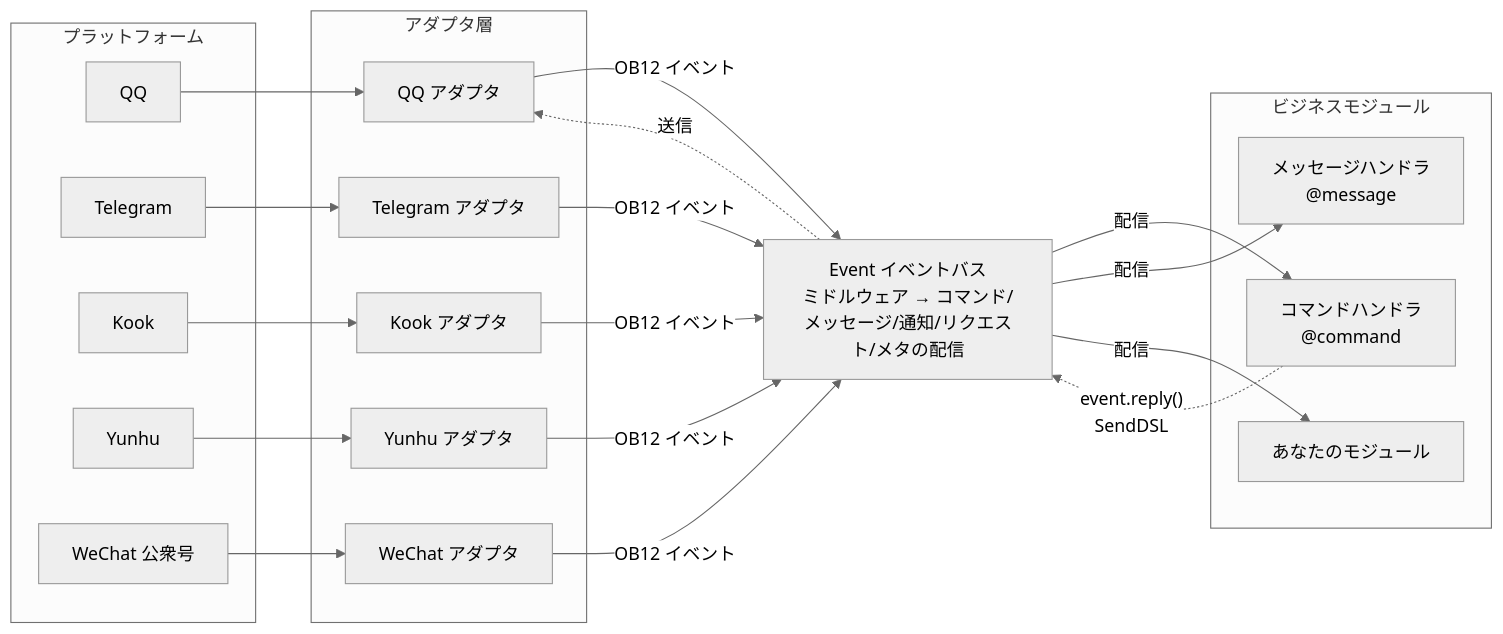
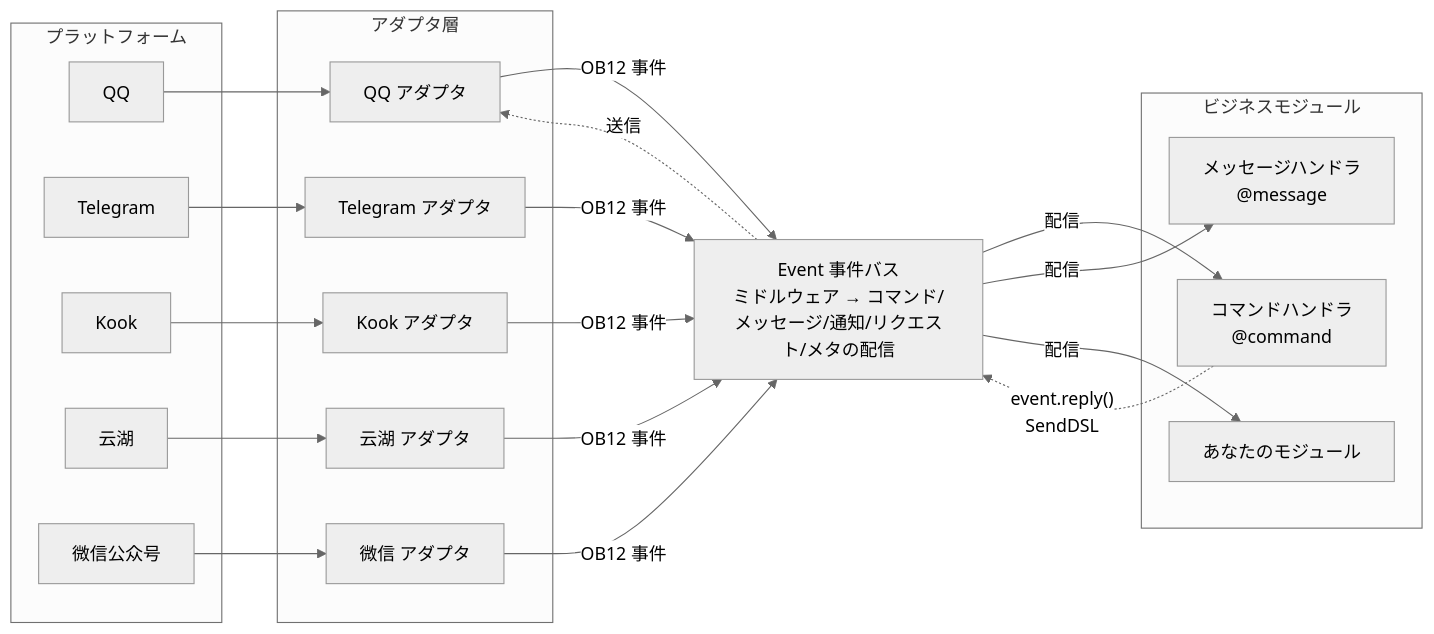
Before and after one commit to ErisPulse/ErisPulse: the first of 2 diagrams in README.ja.md, drawn with Mermaid (neutral theme). The commit also changed other lines of this file and 7 other files, not shown here.

````diff
--- a/README.ja.md
+++ b/README.ja.md
@@ -111,45 +111,45 @@
 ```mermaid
 graph LR
     subgraph Platforms[プラットフォーム]
         QQ["QQ"]
         TG["Telegram"]
         Kook["Kook"]
-        YH["Yunhu"]
-        WX["WeChat 公衆号"]
+        YH["云湖"]
+        WX["微信公众号"]
     end
 
     subgraph Adapters[アダプタ層]
         A1["QQ アダプタ"]
         A2["Telegram アダプタ"]
         A3["Kook アダプタ"]
-        A4["Yunhu アダプタ"]
-        A5["WeChat アダプタ"]
+        A4["云湖 アダプタ"]
+        A5["微信 アダプタ"]
     end
 
-    Event["Event イベントバス<br/>ミドルウェア → コマンド/メッセージ/通知/リクエスト/メタの配信"]
+    Event["Event 事件バス<br/>ミドルウェア → コマンド/メッセージ/通知/リクエスト/メタの配信"]
 
     subgraph Modules[ビジネスモジュール]
         M1["コマンドハンドラ<br/>@command"]
         M2["メッセージハンドラ<br/>@message"]
         M3["あなたのモジュール"]
     end
 
     QQ --> A1
     TG --> A2
     Kook --> A3
     YH --> A4
     WX --> A5
 
-    A1 -->|"OB12 イベント"| Event
-    A2 -->|"OB12 イベント"| Event
-    A3 -->|"OB12 イベント"| Event
-    A4 -->|"OB12 イベント"| Event
-    A5 -->|"OB12 イベント"| Event
+    A1 -->|"OB12 事件"| Event
+    A2 -->|"OB12 事件"| Event
+    A3 -->|"OB12 事件"| Event
+    A4 -->|"OB12 事件"| Event
+    A5 -->|"OB12 事件"| Event
 
     Event -->|"配信"| M1
     Event -->|"配信"| M2
     Event -->|"配信"| M3
 
     M1 -.->|"event.reply()<br/>SendDSL"| Event
     Event -.->|"送信"| A1
 ```
````
